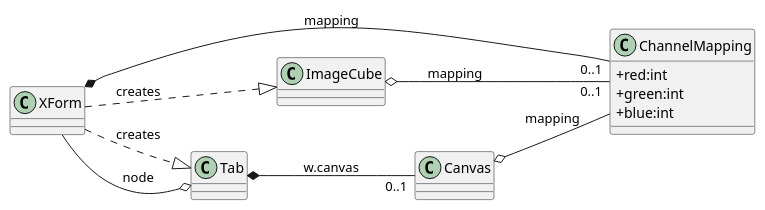
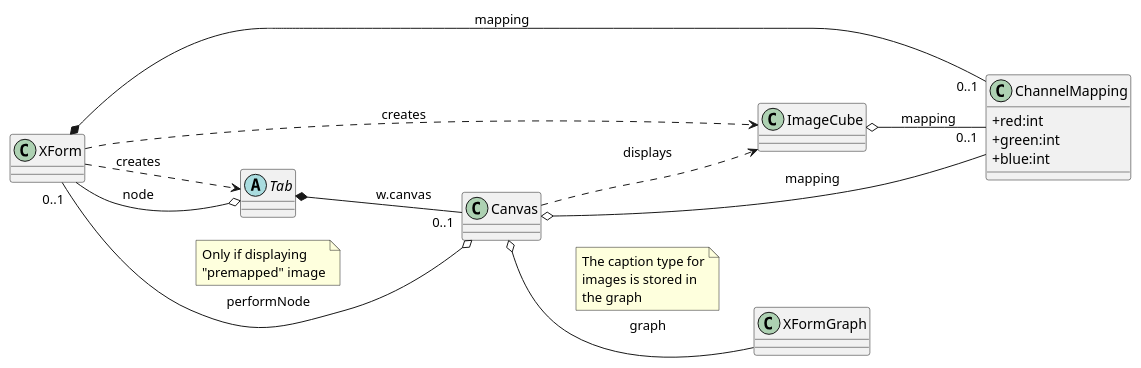
Before and after one commit to AU-ExoMars/PCOT: the diagram in docs/rgb.plantuml, drawn with PlantUML. The commit also changed 13 other files, not shown here.

```diff
--- a/docs/rgb.plantuml
+++ b/docs/rgb.plantuml
@@ -1,33 +1,50 @@
 @startuml
 skinparam classAttributeIconSize 0
 left to right direction
 
 class ChannelMapping {
     +red:int
     +green:int
     +blue:int
 }
 
 class ImageCube {
 }    
 
 
 class XForm {
 }
 
 ImageCube o-- "0..1" ChannelMapping: mapping
 
 XForm *-- "0..1" ChannelMapping: mapping
-XForm ..|> Tab: creates
-XForm ..|> ImageCube: creates
+XForm ..> Tab: creates
+XForm ..> ImageCube: creates
+
+abstract class Tab {
+}
 
 Tab o-- XForm:node
 
 
 
 Tab *-- "0..1" Canvas:w.canvas
 
 Canvas o-- ChannelMapping:mapping
+Canvas o-- XFormGraph:graph
 
+note top on link
+The caption type for
+images is stored in
+the graph
+end note
+
+Canvas o-- "0..1" XForm:performNode
+note top on link
+Only if displaying
+"premapped" image
+end note
+
+Canvas ..> ImageCube: displays
 
 @enduml
```
